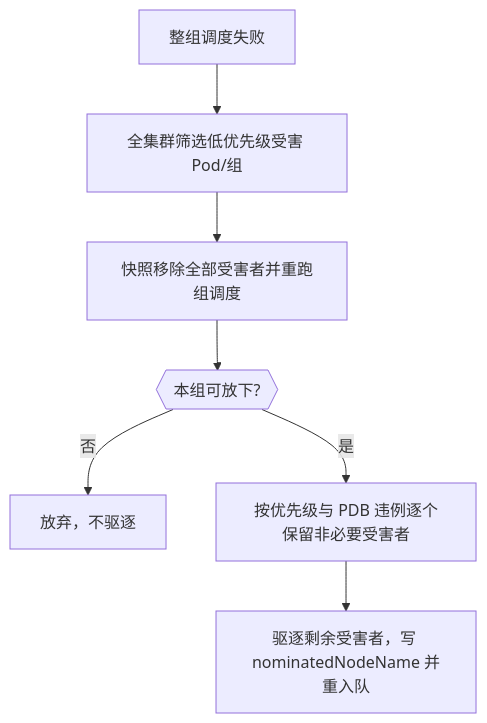
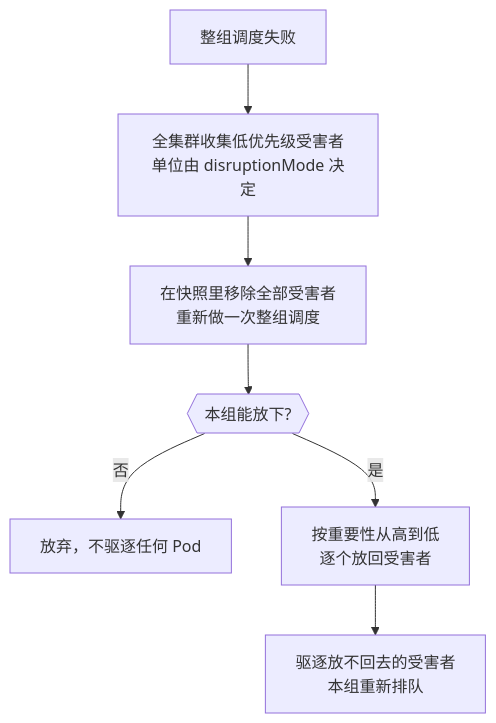
The tenth of 13 diagrams in docs/research/k8s-workload-aware-scheduling-vs-volcano-cn.md (JesseStutler/volcano), drawn with Mermaid before and after one commit. The commit also changed other lines of this file and 1 other file, not shown here.

````diff
--- a/docs/research/k8s-workload-aware-scheduling-vs-volcano-cn.md
+++ b/docs/research/k8s-workload-aware-scheduling-vs-volcano-cn.md
@@ -316,9 +464,9 @@
 ```mermaid
 flowchart TD
-    A["整组调度失败"] --> B["全集群筛选低优先级受害 Pod/组"]
-    B --> C["快照移除全部受害者并重跑组调度"]
-    C --> D{{"本组可放下?"}}
-    D -- 否 --> E["放弃，不驱逐"]
-    D -- 是 --> F["按优先级与 PDB 违例逐个保留非必要受害者"]
-    F --> G["驱逐剩余受害者，写 nominatedNodeName 并重入队"]
+    A["整组调度失败"] --> B["全集群收集低优先级受害者<br/>单位由 disruptionMode 决定"]
+    B --> C["在快照里移除全部受害者<br/>重新做一次整组调度"]
+    C --> D{{"本组能放下?"}}
+    D -- 否 --> E["放弃，不驱逐任何 Pod"]
+    D -- 是 --> F["按重要性从高到低<br/>逐个放回受害者"]
+    F --> G["驱逐放不回去的受害者<br/>本组重新排队"]
 ```
````
